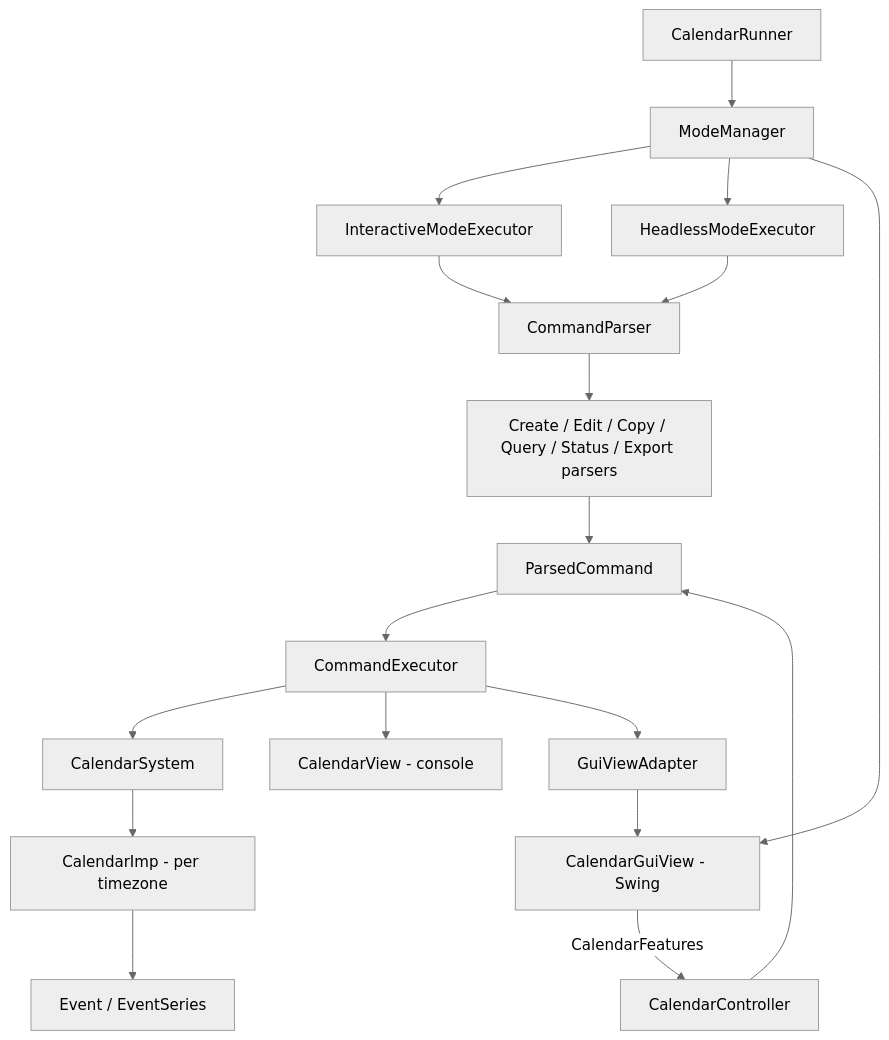
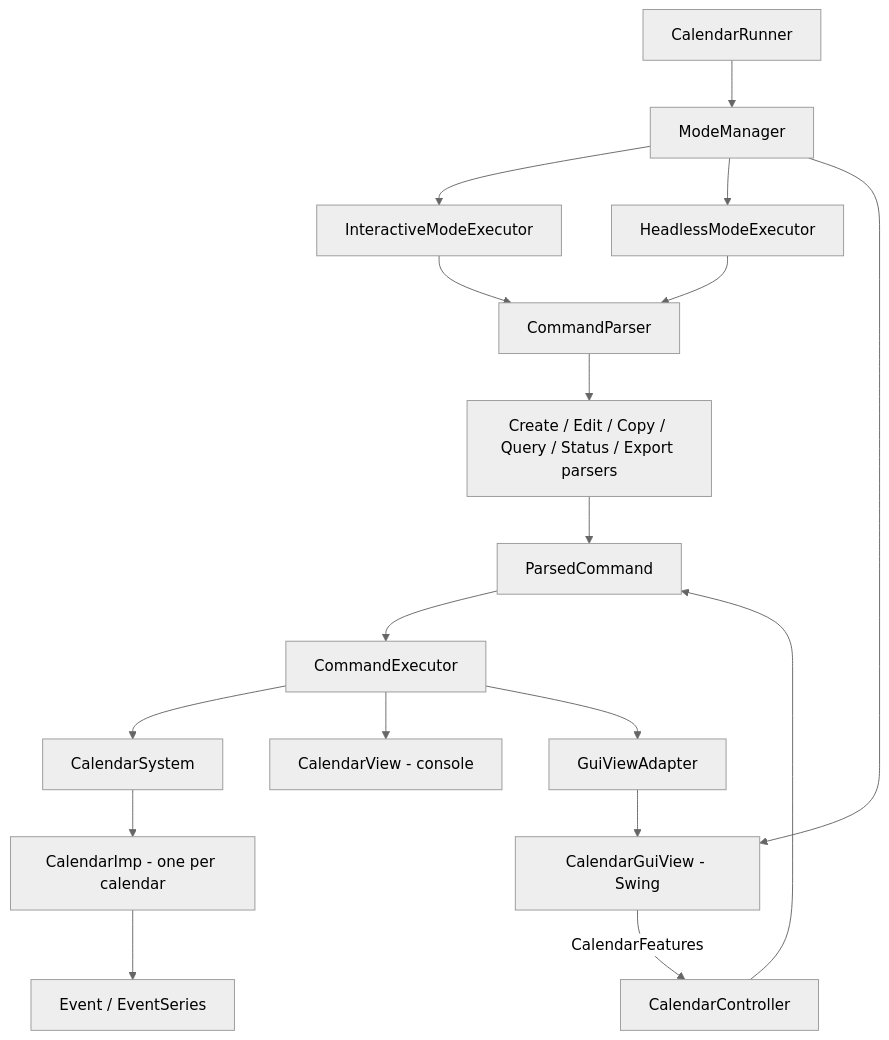
Before and after one commit to arshmehar/Calendar-Management-System: the diagram in README.md, drawn with Mermaid (neutral theme). The commit also changed other lines of this file, not shown here.

````diff
--- a/README.md
+++ b/README.md
@@ -29,23 +89,23 @@
 ```mermaid
 graph TD
     Runner[CalendarRunner] --> Modes[ModeManager]
     Modes --> Interactive[InteractiveModeExecutor]
     Modes --> Headless[HeadlessModeExecutor]
     Modes --> GUI[CalendarGuiView - Swing]
 
     Interactive --> Parser[CommandParser]
     Headless --> Parser
     Parser --> Sub[Create / Edit / Copy / Query / Status / Export parsers]
     Sub --> Parsed[ParsedCommand]
 
     GUI -- CalendarFeatures --> Controller[CalendarController]
     Controller --> Parsed
     Parsed --> Exec[CommandExecutor]
 
     Exec --> Model[CalendarSystem]
-    Model --> Cal[CalendarImp - per timezone]
+    Model --> Cal[CalendarImp - one per calendar]
     Cal --> Ev[Event / EventSeries]
 
     Exec --> TextView[CalendarView - console]
     Exec --> Adapter[GuiViewAdapter] --> GUI
 ```
````
